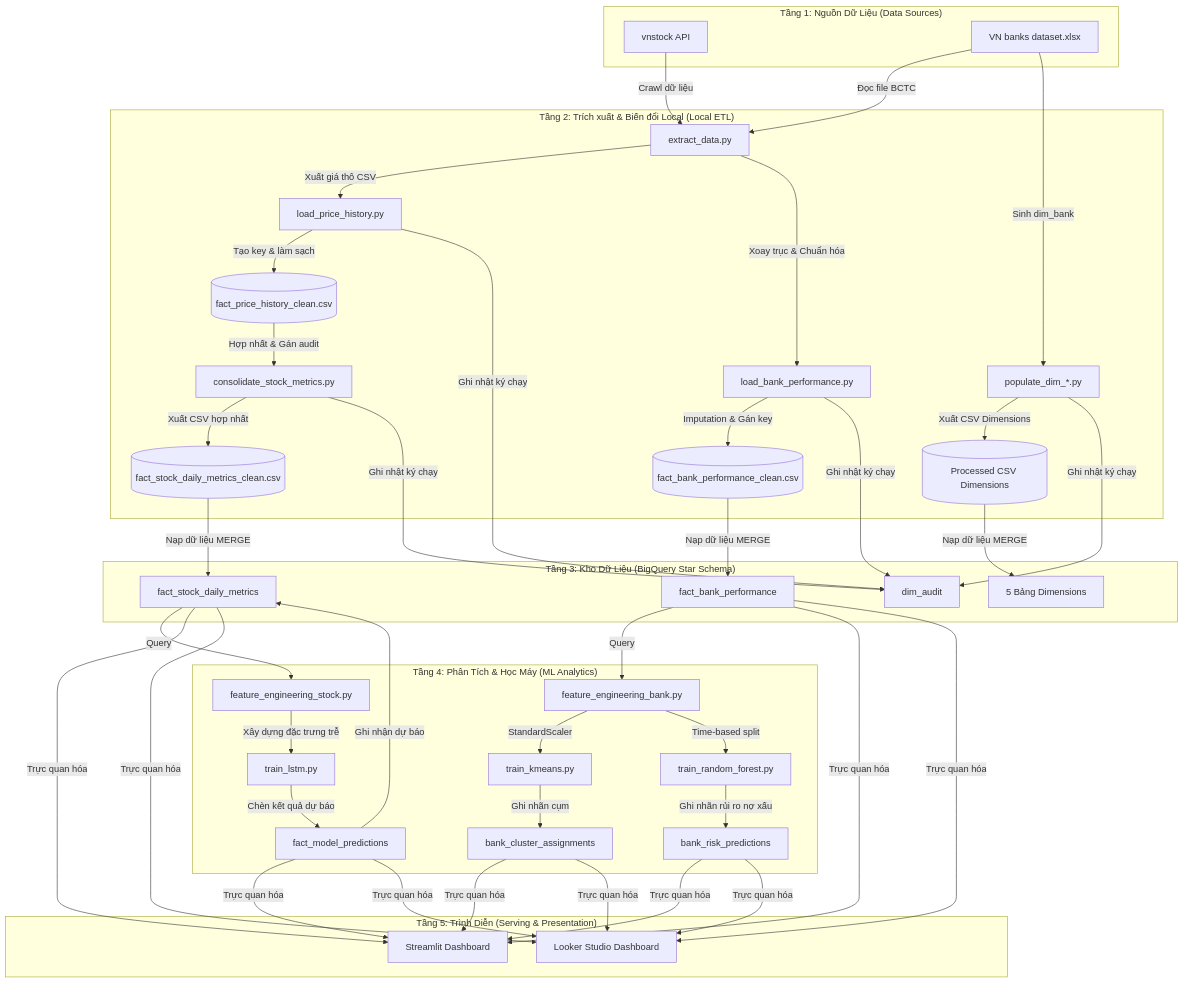
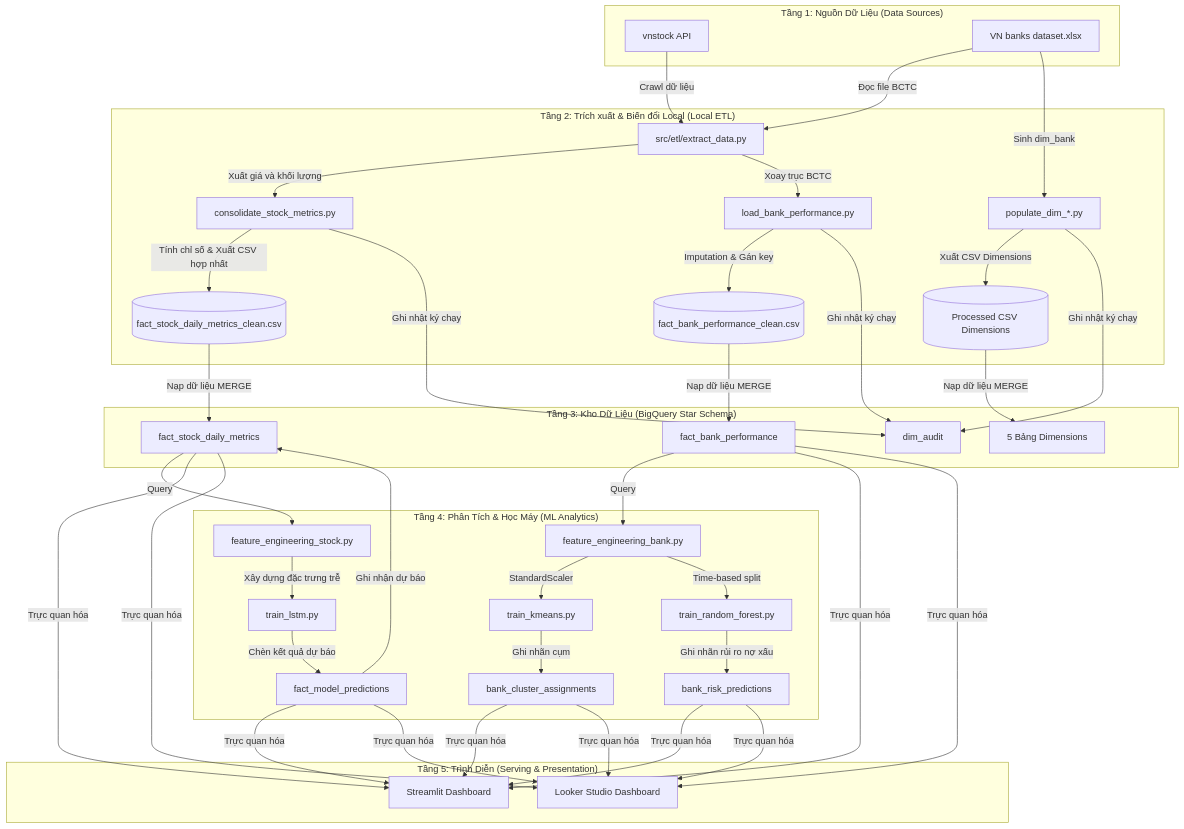
One commit to darktheDE/vn-banking-dwh-analytics changed the diagram in docs/data-lineage.md. Above: the diagram before and after it, drawn with Mermaid. The commit also changed other lines of this file and 40 other files, not shown here.

Commit message:
refactor: restructure project directory and automate ETL data extraction process

```diff
--- a/docs/data-lineage.md
+++ b/docs/data-lineage.md
@@ -18,14 +18,12 @@
 
     %% Tầng 2: Tiền xử lý & ETL Cục bộ
     subgraph Layer2 ["Tầng 2: Trích xuất & Biến đổi Local (Local ETL)"]
-        B1[extract_data.py]
+        B1[src/etl/extract_data.py]
         B2["populate_dim_*.py"]
-        B3[load_price_history.py]
         B4[load_bank_performance.py]
         B5[consolidate_stock_metrics.py]
         
         CSV_Dim[("Processed CSV Dimensions")]
-        CSV_Fact_Stock[("fact_price_history_clean.csv")]
         CSV_Fact_Cons[("fact_stock_daily_metrics_clean.csv")]
         CSV_Fact_Bank[("fact_bank_performance_clean.csv")]
     end
@@ -60,15 +58,13 @@
 
     %% Kết nối luồng Chứng khoán (Stock Flow)
     A1 -->|Crawl dữ liệu| B1
-    B1 -->|Xuất giá thô CSV| B3
-    B3 -->|Tạo key & làm sạch| CSV_Fact_Stock
-    CSV_Fact_Stock -->|Hợp nhất & Gán audit| B5
-    B5 -->|Xuất CSV hợp nhất| CSV_Fact_Cons
+    B1 -->|Xuất giá và khối lượng| B5
+    B5 -->|Tính chỉ số & Xuất CSV hợp nhất| CSV_Fact_Cons
     CSV_Fact_Cons -->|Nạp dữ liệu MERGE| D_Fact_Stock
     
     %% Kết nối luồng Ngân hàng (Bank Flow)
     A2 -->|Đọc file BCTC| B1
-    B1 -->|Xoay trục & Chuẩn hóa| B4
+    B1 -->|Xoay trục BCTC| B4
     B4 -->|Imputation & Gán key| CSV_Fact_Bank
     CSV_Fact_Bank -->|Nạp dữ liệu MERGE| D_Fact_Bank
 
@@ -78,7 +74,7 @@
     CSV_Dim -->|Nạp dữ liệu MERGE| D_Dim
 
     %% Kết nối Kiểm toán
-    B2 & B3 & B4 & B5 -->|Ghi nhật ký chạy| D_Audit
+    B2 & B4 & B5 -->|Ghi nhật ký chạy| D_Audit
 
     %% Luồng ML
     D_Fact_Stock -->|Query| E_FE_Stock
```
